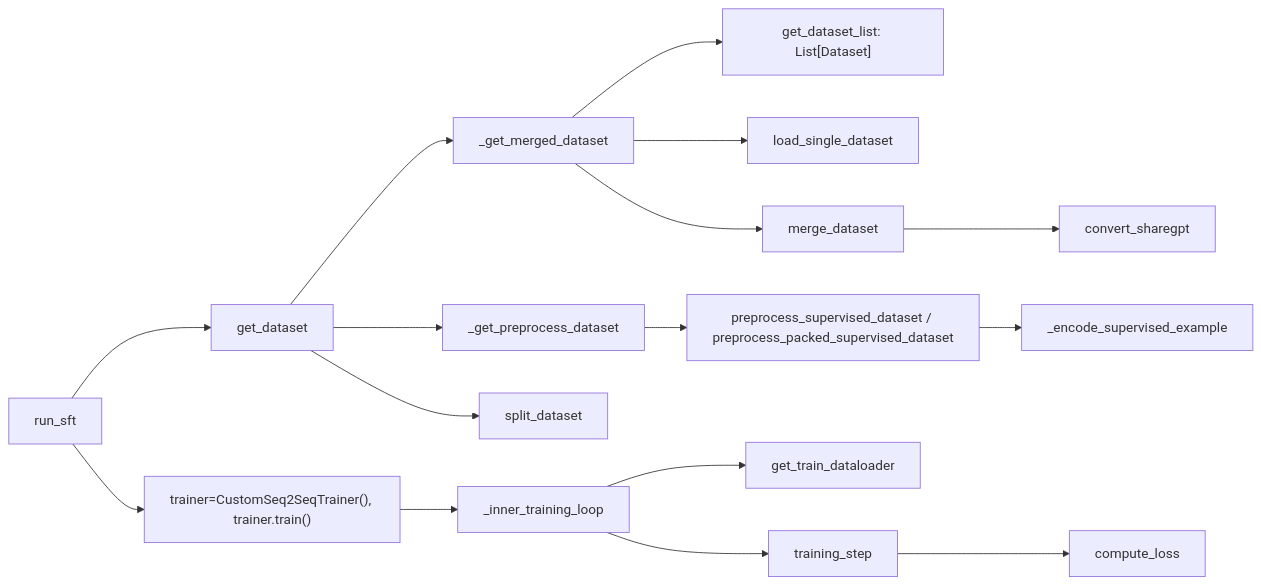
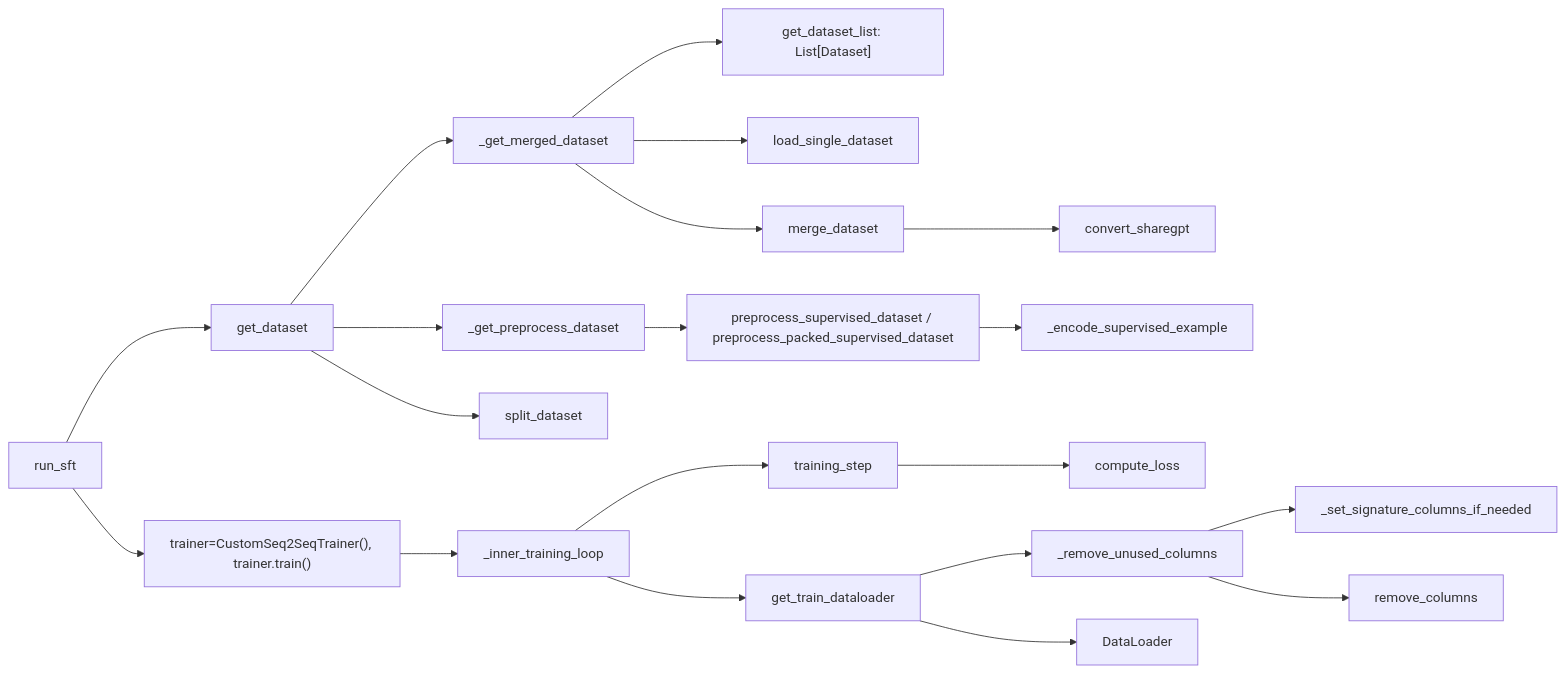
Before and after one commit to childeyemax/LLaMA-Factory-Loss-Weighted: the diagram in docs/dataflow_flowchart.md, drawn with Mermaid.

````diff
--- a/docs/dataflow_flowchart.md
+++ b/docs/dataflow_flowchart.md
@@ -7,22 +7,29 @@
 ```mermaid
 graph LR
 O[run_sft] --> X[get_dataset]
 O --> Y["trainer=CustomSeq2SeqTrainer(), trainer.train()"]
 
 X --> A[_get_merged_dataset]
 X --> B[_get_preprocess_dataset]
 X --> C[split_dataset]
 
 A --> D["get_dataset_list: List[Dataset]"]
 A --> E["load_single_dataset"]
 A --> F[merge_dataset]
 F --> G[convert_sharegpt]
 
 B --> H[preprocess_supervised_dataset / preprocess_packed_supervised_dataset]
 H --> I[_encode_supervised_example]
 
 Y --> J[_inner_training_loop]
 J --> K[get_train_dataloader]
 J --> L[training_step]
 L --> M[compute_loss]
+
+K --> N[_remove_unused_columns]
+K --> P[DataLoader]
+
+N --> Q[_set_signature_columns_if_needed]
+N --> R[remove_columns]
+
 ```
````
